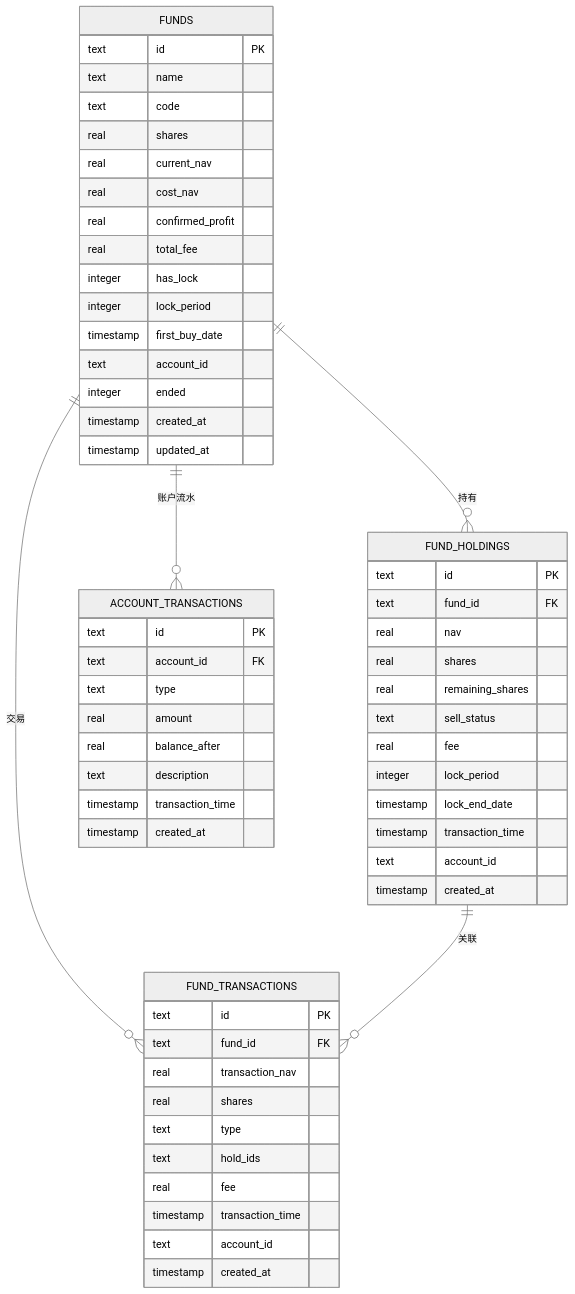
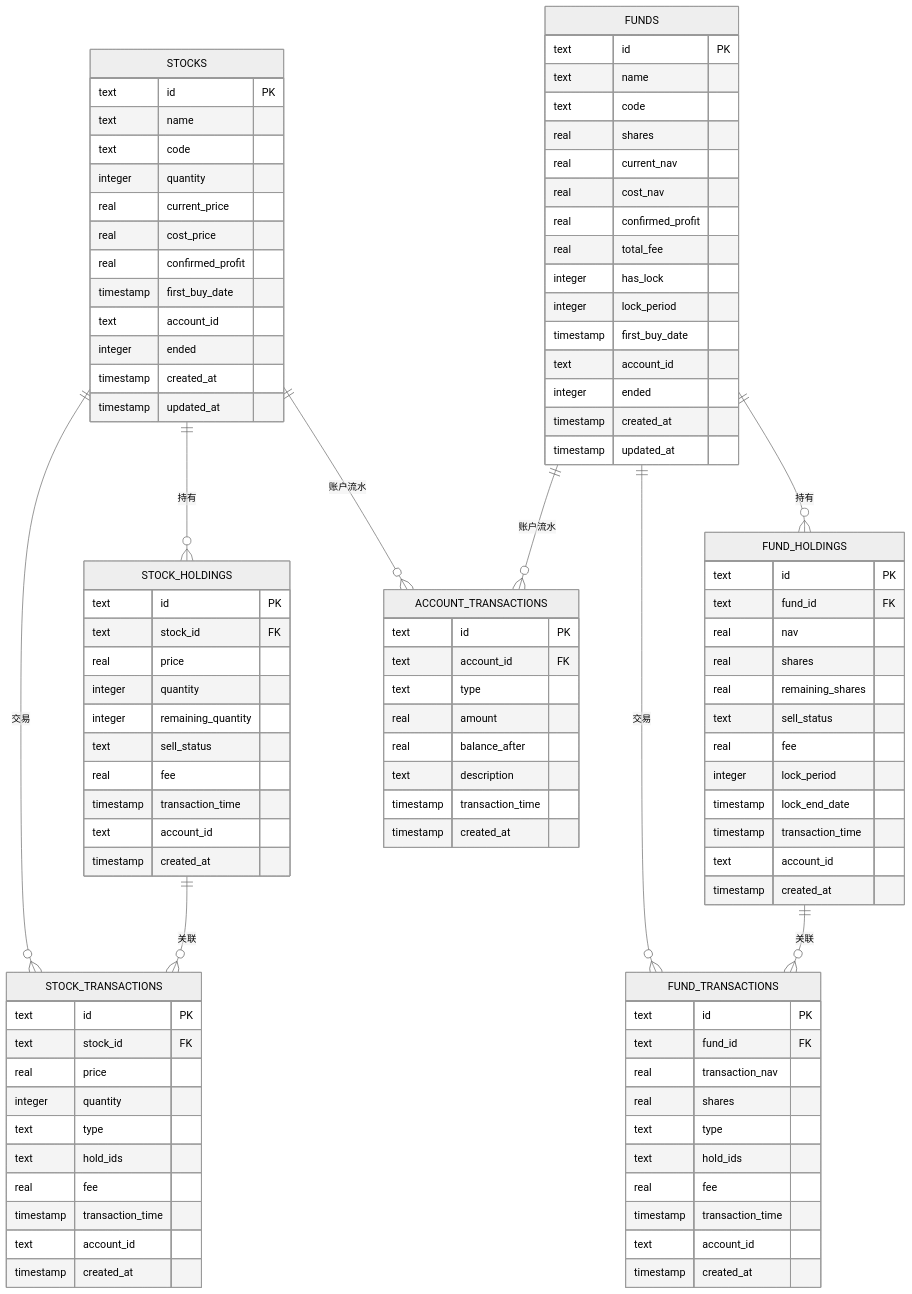
One commit to xiao-lin-unit/yuan changed the second of 11 diagrams in .qoder/repowiki/zh/content/资产管理/基金管理.md. Above: the diagram before and after it, drawn with Mermaid (neutral theme). The commit also changed other lines of this file and 37 other files, not shown here.

````diff
--- a/.qoder/repowiki/zh/content/资产管理/基金管理.md
+++ b/.qoder/repowiki/zh/content/资产管理/基金管理.md
@@ -114,5 +132,43 @@
 ```mermaid
 erDiagram
+STOCKS {
+text id PK
+text name
+text code
+integer quantity
+real current_price
+real cost_price
+real confirmed_profit
+timestamp first_buy_date
+text account_id
+integer ended
+timestamp created_at
+timestamp updated_at
+}
+STOCK_HOLDINGS {
+text id PK
+text stock_id FK
+real price
+integer quantity
+integer remaining_quantity
+text sell_status
+real fee
+timestamp transaction_time
+text account_id
+timestamp created_at
+}
+STOCK_TRANSACTIONS {
+text id PK
+text stock_id FK
+real price
+integer quantity
+text type
+text hold_ids
+real fee
+timestamp transaction_time
+text account_id
+timestamp created_at
+}
 FUNDS {
 text id PK
 text name
@@ -166,8 +222,12 @@
 timestamp transaction_time
 timestamp created_at
 }
+STOCKS ||--o{ STOCK_HOLDINGS : "持有"
+STOCKS ||--o{ STOCK_TRANSACTIONS : "交易"
+STOCK_HOLDINGS ||--o{ STOCK_TRANSACTIONS : "关联"
 FUNDS ||--o{ FUND_HOLDINGS : "持有"
 FUNDS ||--o{ FUND_TRANSACTIONS : "交易"
 FUND_HOLDINGS ||--o{ FUND_TRANSACTIONS : "关联"
+STOCKS ||--o{ ACCOUNT_TRANSACTIONS : "账户流水"
 FUNDS ||--o{ ACCOUNT_TRANSACTIONS : "账户流水"
 ```
````
